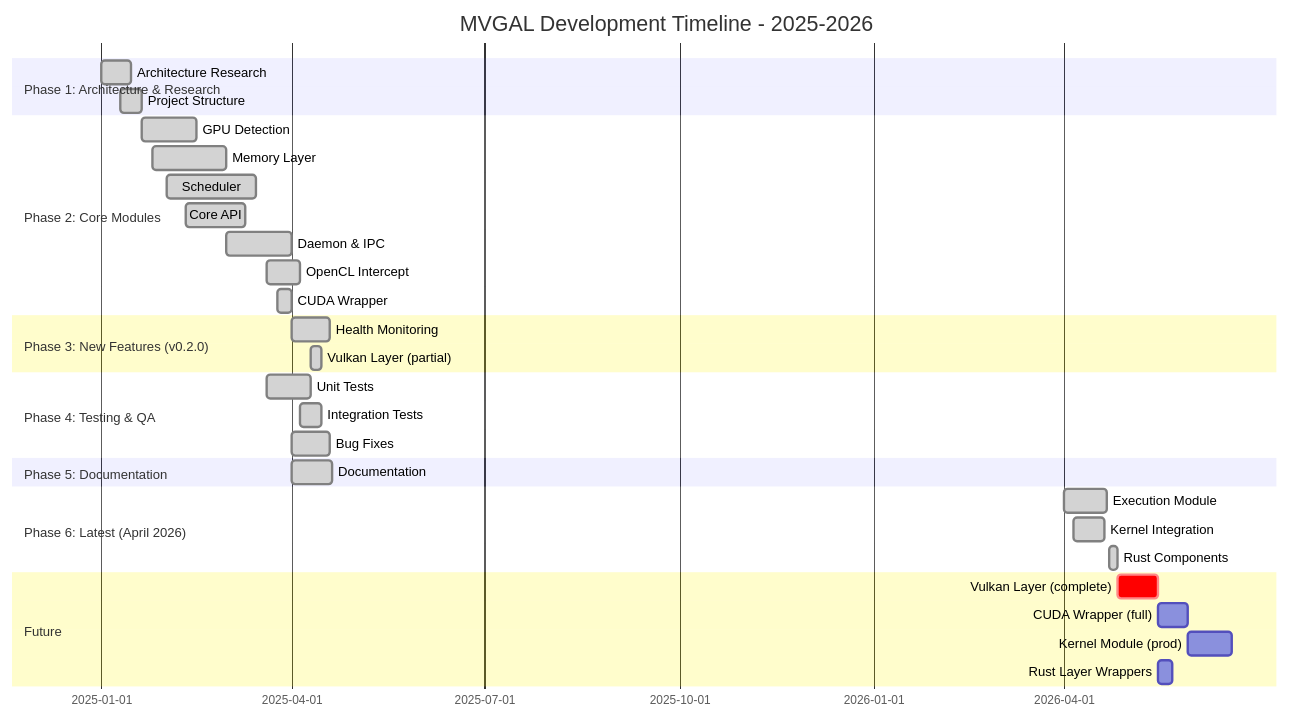
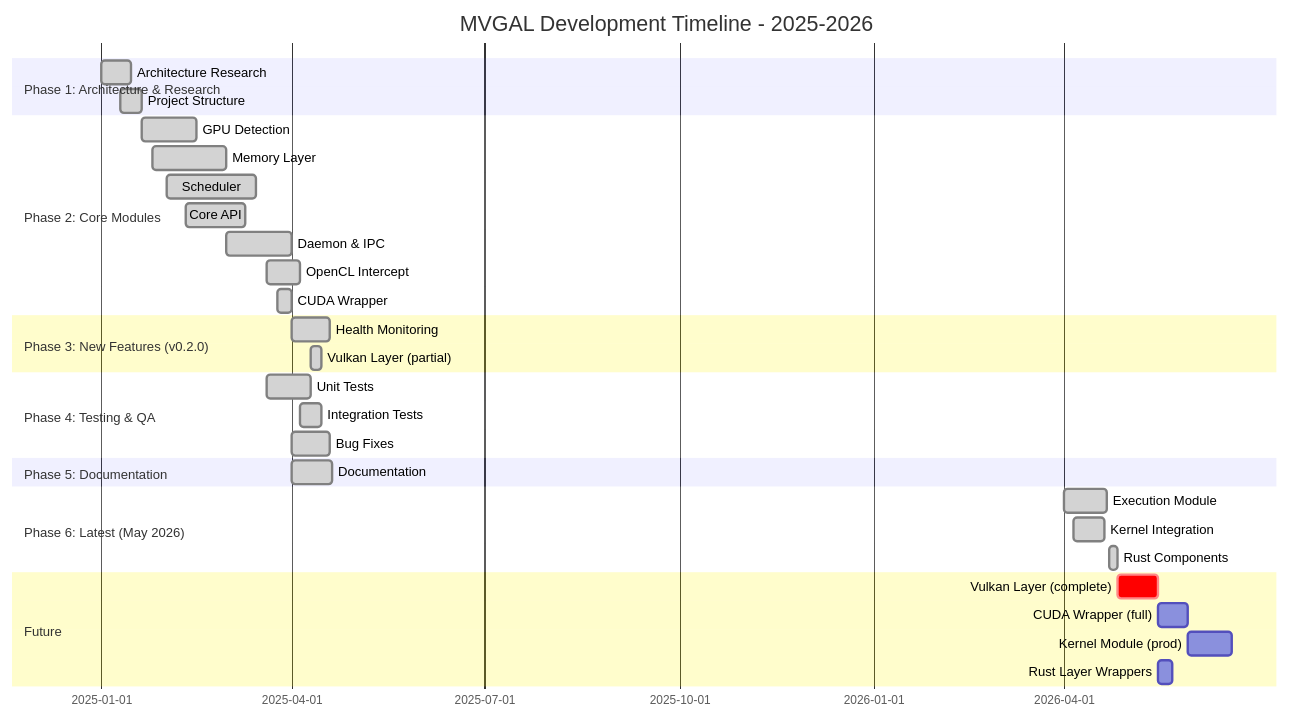
The first of 10 diagrams in docs/PROGRESS.md (TheCreateGM/mvgal), drawn with Mermaid before and after one commit. The commit also changed other lines of this file and 49 other files, not shown here.

````diff
--- a/docs/PROGRESS.md
+++ b/docs/PROGRESS.md
@@ -22,40 +22,40 @@
 ```mermaid
 gantt
     title MVGAL Development Timeline - 2025-2026
     dateFormat  YYYY-MM-DD
     section Phase 1: Architecture & Research
     Architecture Research :done, arch1, 2025-01-01, 2025-01-15
     Project Structure    :done, struct1, 2025-01-10, 2025-01-20
     
     section Phase 2: Core Modules
     GPU Detection      :done, gpu1, 2025-01-20, 2025-02-15
     Memory Layer        :done, mem1, 2025-01-25, 2025-03-01
     Scheduler          :done, sched1, 2025-02-01, 2025-03-15
     Core API          :done, api1, 2025-02-10, 2025-03-10
     Daemon & IPC      :done, daemon1, 2025-03-01, 2025-04-01
     OpenCL Intercept  :done, ocl1, 2025-03-20, 2025-04-05
     CUDA Wrapper       :done, cuda1, 2025-03-25, 2025-04-01
     
     section Phase 3: New Features (v0.2.0)
     Health Monitoring :done, health1, 2025-04-01, 2025-04-19
     Vulkan Layer (partial) :done, vk1, 2025-04-10, 2025-04-15
     
     section Phase 4: Testing & QA
     Unit Tests         :done, test1, 2025-03-20, 2025-04-10
     Integration Tests  :done, int1, 2025-04-05, 2025-04-15
     Bug Fixes          :done, fixes1, 2025-04-01, 2025-04-19
     
     section Phase 5: Documentation
     Documentation     :done, docs1, 2025-04-01, 2025-04-20
     
-    section Phase 6: Latest (April 2026)
+    section Phase 6: Latest (May 2026)
     Execution Module :done, exec1, 2026-04-01, 2026-04-21
     Kernel Integration :done, kern1, 2026-04-05, 2026-04-20
     Rust Components   :done, rust1, 2026-04-22, 2026-04-26
     
     section Future
     Vulkan Layer (complete) :crit, vulkan2, 2026-04-26, 2026-05-15
     CUDA Wrapper (full) :     cuda2, after vulkan2, 14d
     Kernel Module (prod) :     kernel2, after cuda2, 21d
     Rust Layer Wrappers :     rust2, after vulkan2, 7d
 ```
````
